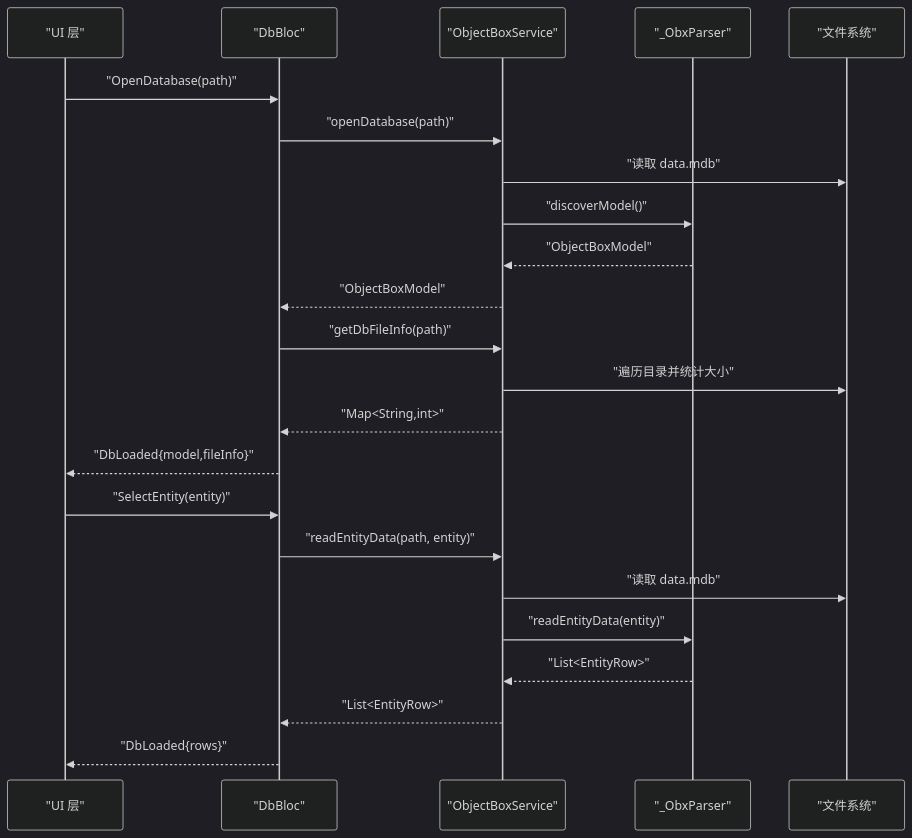
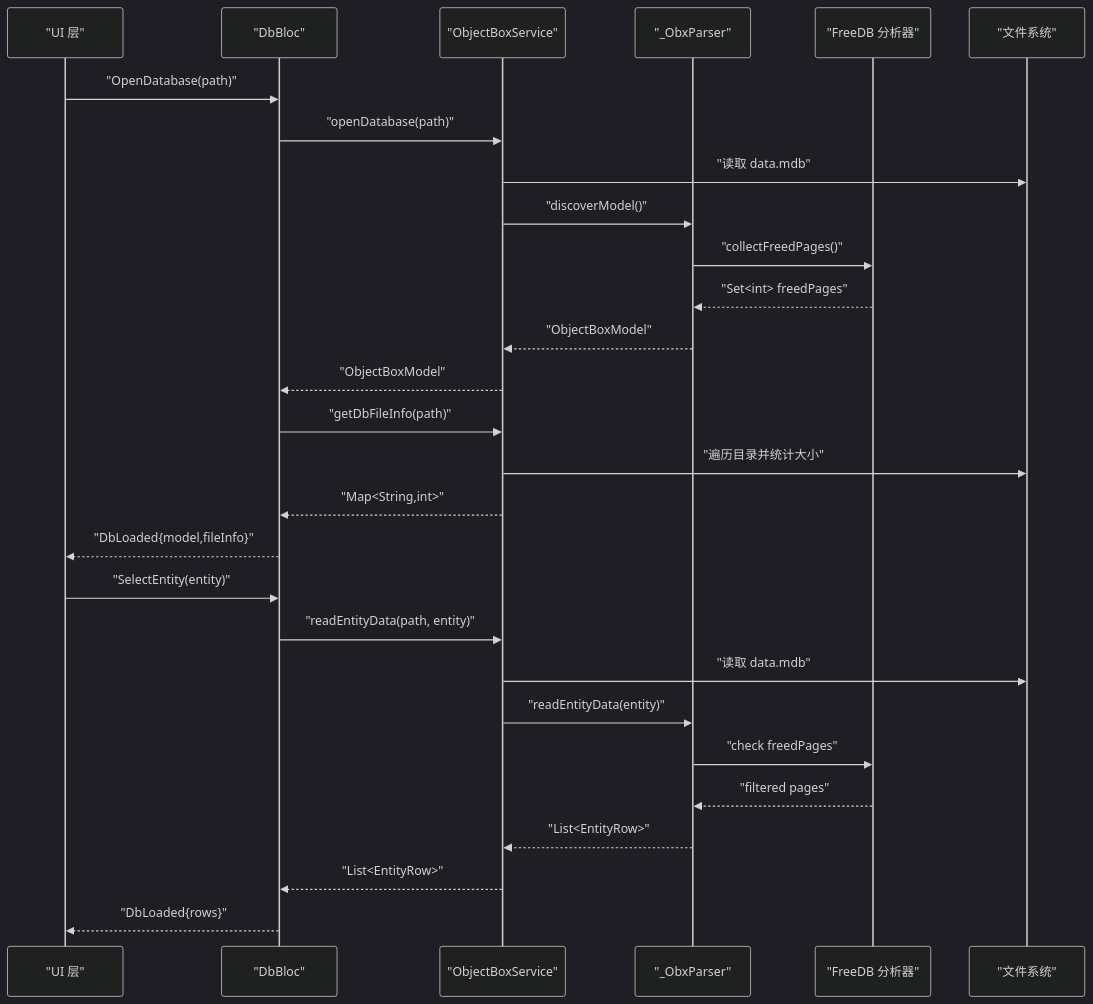
Before and after one commit to kongpf8848/objectbox_viewer: the second of 7 diagrams in .qoder/repowiki/zh/content/架构设计/服务层架构.md, drawn with Mermaid (dark theme). The commit also changed other lines of this file and 9 other files, not shown here.

````diff
--- a/.qoder/repowiki/zh/content/架构设计/服务层架构.md
+++ b/.qoder/repowiki/zh/content/架构设计/服务层架构.md
@@ -100,25 +120,30 @@
 ```mermaid
 sequenceDiagram
 participant UI as "UI 层"
 participant BLOC as "DbBloc"
 participant SVC as "ObjectBoxService"
 participant PARSER as "_ObxParser"
+participant FREE_DB as "FreeDB 分析器"
 participant FS as "文件系统"
 UI->>BLOC : "OpenDatabase(path)"
 BLOC->>SVC : "openDatabase(path)"
 SVC->>FS : "读取 data.mdb"
 SVC->>PARSER : "discoverModel()"
+PARSER->>FREE_DB : "collectFreedPages()"
+FREE_DB-->>PARSER : "Set<int> freedPages"
 PARSER-->>SVC : "ObjectBoxModel"
 SVC-->>BLOC : "ObjectBoxModel"
 BLOC->>SVC : "getDbFileInfo(path)"
 SVC->>FS : "遍历目录并统计大小"
 SVC-->>BLOC : "Map<String,int>"
 BLOC-->>UI : "DbLoaded{model,fileInfo}"
 UI->>BLOC : "SelectEntity(entity)"
 BLOC->>SVC : "readEntityData(path, entity)"
 SVC->>FS : "读取 data.mdb"
 SVC->>PARSER : "readEntityData(entity)"
+PARSER->>FREE_DB : "check freedPages"
+FREE_DB-->>PARSER : "filtered pages"
 PARSER-->>SVC : "List<EntityRow>"
 SVC-->>BLOC : "List<EntityRow>"
 BLOC-->>UI : "DbLoaded{rows}"
 ```
````
